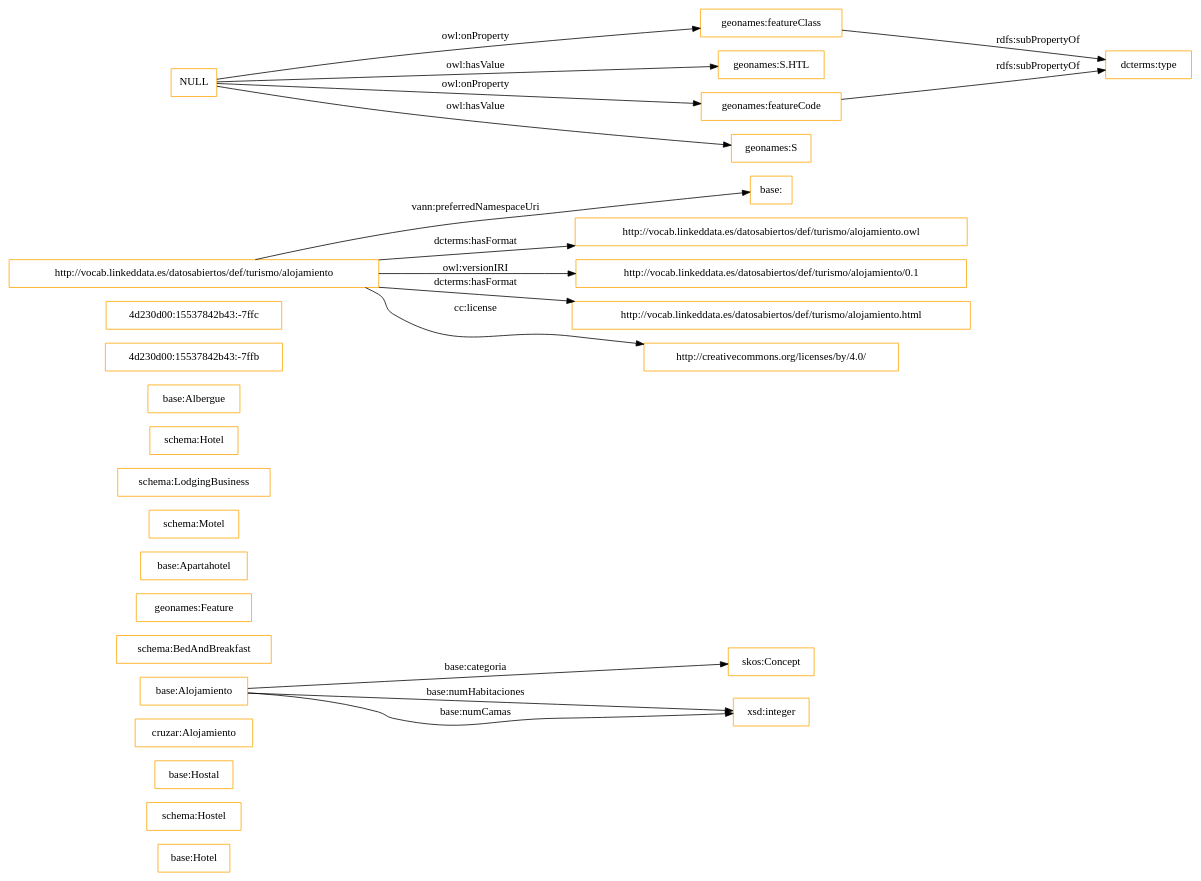
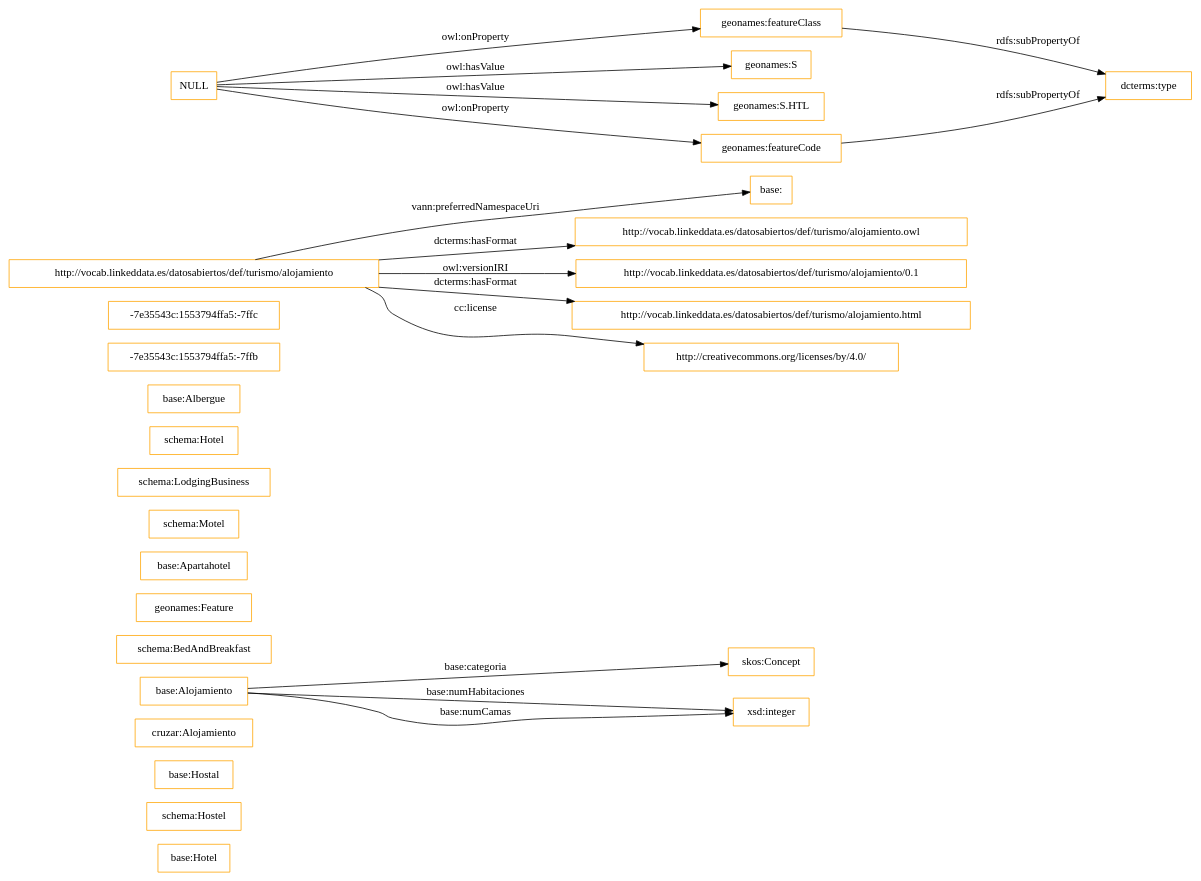
Before and after one commit to ahmad88me/demo: the diagram in OnToology/alo.owl/diagrams/ar2dtool-class/alo.owl.png.dot, drawn with Graphviz. The commit also changed 7 other files, not shown here.

```diff
--- a/OnToology/alo.owl/diagrams/ar2dtool-class/alo.owl.png.dot
+++ b/OnToology/alo.owl/diagrams/ar2dtool-class/alo.owl.png.dot
@@ -1,20 +1,20 @@
 digraph ar2dtool_diagram { 
 rankdir=LR;
 size="1501"
-node [shape = rectangle, color="orange"]; "base:Hotel" "schema:Hostel" "base:Hostal" "cruzar:Alojamiento" "base:Alojamiento" "schema:BedAndBreakfast" "geonames:Feature" "base:Apartahotel" "schema:Motel" "schema:LodgingBusiness" "skos:Concept" "schema:Hotel" "base:Albergue" "4d230d00:15537842b43:-7ffb" "4d230d00:15537842b43:-7ffc" ; /*classes style*/
+node [shape = rectangle, color="orange"]; "base:Hotel" "schema:Hostel" "base:Hostal" "cruzar:Alojamiento" "base:Alojamiento" "schema:BedAndBreakfast" "geonames:Feature" "base:Apartahotel" "schema:Motel" "schema:LodgingBusiness" "skos:Concept" "schema:Hotel" "base:Albergue" "-7e35543c:1553794ffa5:-7ffb" "-7e35543c:1553794ffa5:-7ffc" ; /*classes style*/
 	"http://vocab.linkeddata.es/datosabiertos/def/turismo/alojamiento" -> "base:" [ label = "vann:preferredNamespaceUri" ];
 	"http://vocab.linkeddata.es/datosabiertos/def/turismo/alojamiento" -> "http://vocab.linkeddata.es/datosabiertos/def/turismo/alojamiento.owl" [ label = "dcterms:hasFormat" ];
 	"http://vocab.linkeddata.es/datosabiertos/def/turismo/alojamiento" -> "http://vocab.linkeddata.es/datosabiertos/def/turismo/alojamiento/0.1" [ label = "owl:versionIRI" ];
 	"http://vocab.linkeddata.es/datosabiertos/def/turismo/alojamiento" -> "http://vocab.linkeddata.es/datosabiertos/def/turismo/alojamiento.html" [ label = "dcterms:hasFormat" ];
 	"http://vocab.linkeddata.es/datosabiertos/def/turismo/alojamiento" -> "http://creativecommons.org/licenses/by/4.0/" [ label = "cc:license" ];
 	"geonames:featureClass" -> "dcterms:type" [ label = "rdfs:subPropertyOf" ];
+	"NULL" -> "geonames:S" [ label = "owl:hasValue" ];
+	"NULL" -> "geonames:featureClass" [ label = "owl:onProperty" ];
 	"NULL" -> "geonames:S.HTL" [ label = "owl:hasValue" ];
 	"NULL" -> "geonames:featureCode" [ label = "owl:onProperty" ];
-	"NULL" -> "geonames:S" [ label = "owl:hasValue" ];
-	"NULL" -> "geonames:featureClass" [ label = "owl:onProperty" ];
 	"geonames:featureCode" -> "dcterms:type" [ label = "rdfs:subPropertyOf" ];
 	"base:Alojamiento" -> "xsd:integer" [ label = "base:numHabitaciones" ];
 	"base:Alojamiento" -> "xsd:integer" [ label = "base:numCamas" ];
 	"base:Alojamiento" -> "skos:Concept" [ label = "base:categoria" ];
 
 }
```
